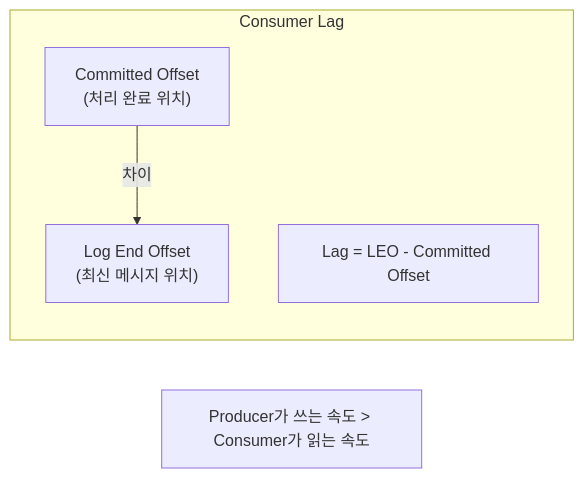
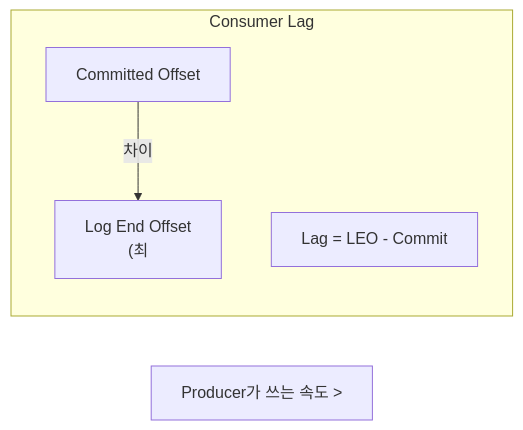
Before and after one commit to yjkim2015/yjkim2015.github.io: diagram 13 of 21 in _posts/kafka/2026-05-01-kafka-extreme-scenarios.md, drawn with Mermaid. The commit also changed other lines of this file and 271 other files, not shown here.

First line of the commit message:
Mermaid 라벨 축소: 긴 노드 텍스트 18자 이하로 트림 + \n 제거

````diff
--- a/_posts/kafka/2026-05-01-kafka-extreme-scenarios.md
+++ b/_posts/kafka/2026-05-01-kafka-extreme-scenarios.md
@@ -425,10 +425,10 @@
 ```mermaid
 graph LR
     subgraph lag["Consumer Lag"]
-        LEO["Log End Offset\n(최신 메시지 위치)"]
-        CO["Committed Offset\n(처리 완료 위치)"]
-        LAG["Lag = LEO - Committed Offset"]
+        LEO["Log End Offset\n(최"]
+        CO["Committed Offset\n"]
+        LAG["Lag = LEO - Commit"]
         CO -->|차이| LEO
     end
-    NOTE["Producer가 쓰는 속도 > Consumer가 읽는 속도"]
+    NOTE["Producer가 쓰는 속도 >"]
 ```
````
